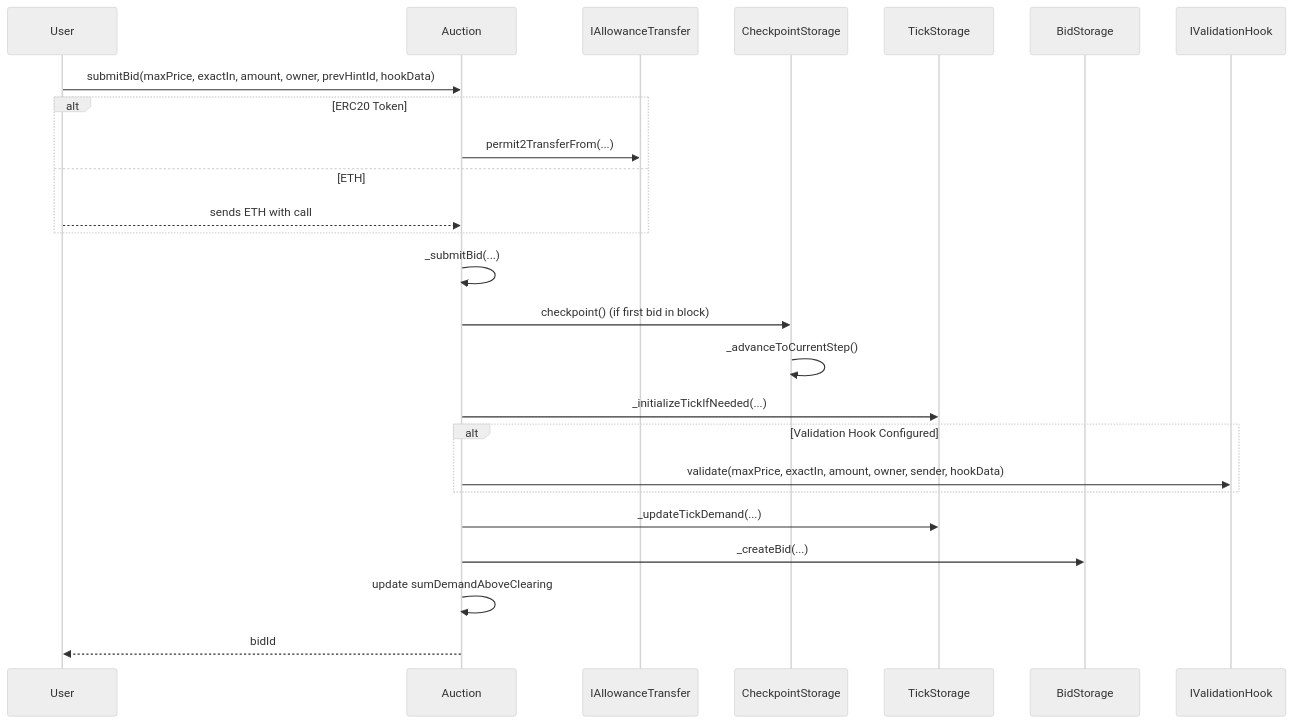
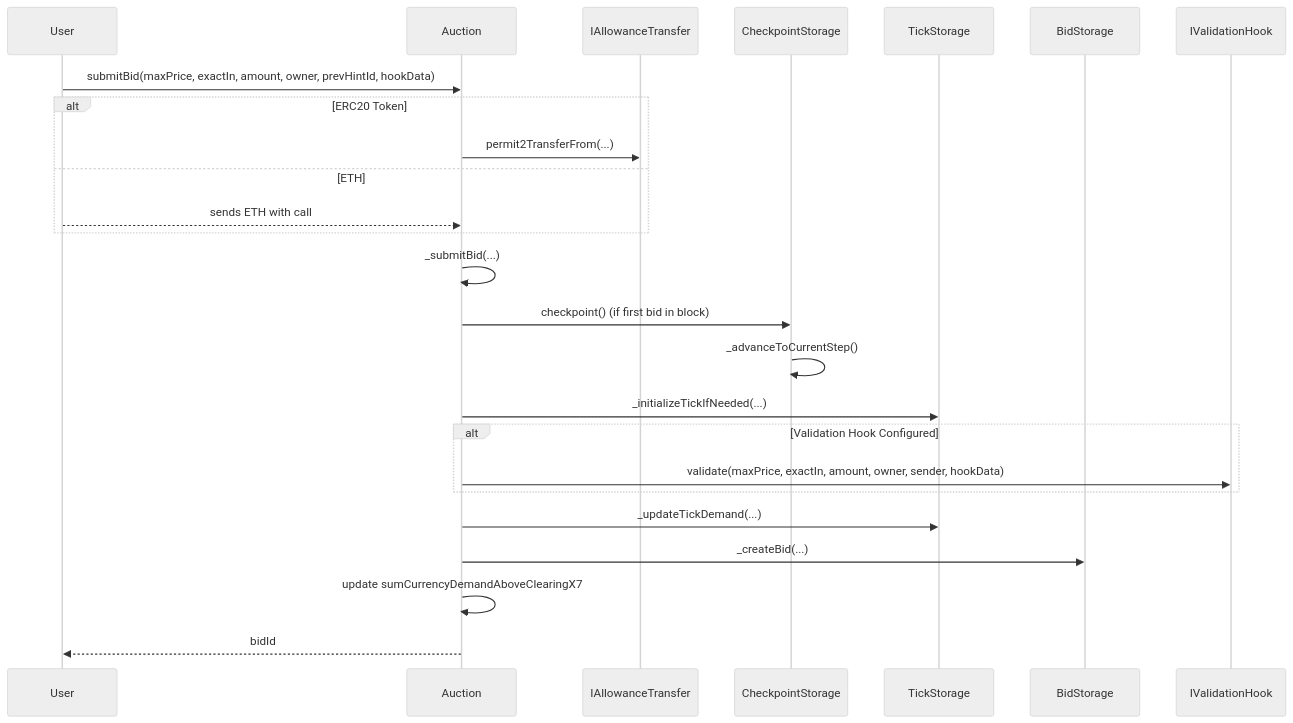
One commit to Uniswap/continuous-clearing-auction changed the fourth of 6 diagrams in docs/autogen/src/README.md. Above: the diagram before and after it, drawn with Mermaid (neutral theme). The commit also changed 14 other files, not shown here.

Commit message:
Rename demand -> currencyDemandX7

````diff
--- a/docs/autogen/src/README.md
+++ b/docs/autogen/src/README.md
@@ -560,28 +560,28 @@
 ```mermaid
 sequenceDiagram
     participant User
     participant Auction
     participant IAllowanceTransfer
     participant CheckpointStorage
     participant TickStorage
     participant BidStorage
     participant IValidationHook
 
     User->>Auction: submitBid(maxPrice, exactIn, amount, owner, prevHintId, hookData)
     alt ERC20 Token
         Auction->>IAllowanceTransfer: permit2TransferFrom(...)
     else ETH
         User-->>Auction: sends ETH with call
     end
     Auction->>Auction: _submitBid(...)
     Auction->>CheckpointStorage: checkpoint() (if first bid in block)
     CheckpointStorage->>CheckpointStorage: _advanceToCurrentStep()
     Auction->>TickStorage: _initializeTickIfNeeded(...)
     alt Validation Hook Configured
         Auction->>IValidationHook: validate(maxPrice, exactIn, amount, owner, sender, hookData)
     end
     Auction->>TickStorage: _updateTickDemand(...)
     Auction->>BidStorage: _createBid(...)
-    Auction->>Auction: update sumDemandAboveClearing
+    Auction->>Auction: update sumCurrencyDemandAboveClearingX7
     Auction-->>User: bidId
 ```
````
